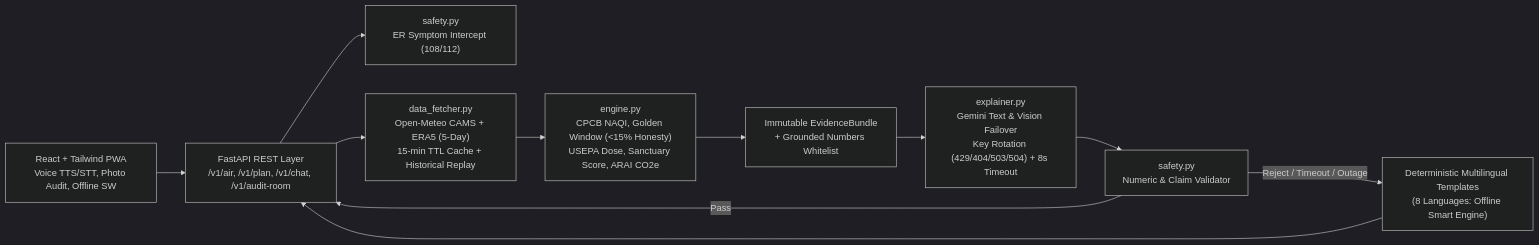
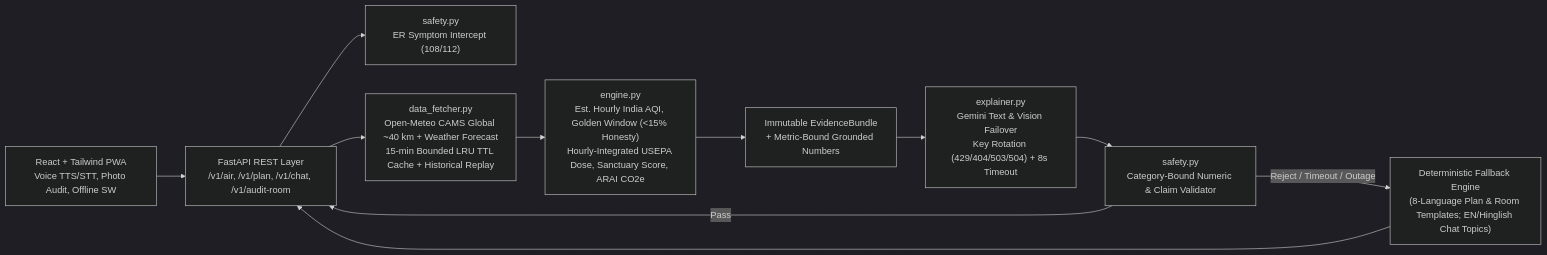
One commit to maneshdev-cloud/Challenge-06 changed the diagram in README.md. Above: the diagram before and after it, drawn with Mermaid (dark theme). The commit also changed other lines of this file and 58 other files, not shown here.

````diff
--- a/README.md
+++ b/README.md
@@ -25,13 +25,13 @@
 ```mermaid
 flowchart LR
     UI["React + Tailwind PWA<br/>Voice TTS/STT, Photo Audit, Offline SW"] --> API["FastAPI REST Layer<br/>/v1/air, /v1/plan, /v1/chat, /v1/audit-room"]
     API --> Triage["safety.py<br/>ER Symptom Intercept (108/112)"]
-    API --> Fetch["data_fetcher.py<br/>Open-Meteo CAMS + ERA5 (5-Day)<br/>15-min TTL Cache + Historical Replay"]
-    Fetch --> Eng["engine.py<br/>CPCB NAQI, Golden Window (&lt;15% Honesty)<br/>USEPA Dose, Sanctuary Score, ARAI CO2e"]
-    Eng --> Bundle["Immutable EvidenceBundle<br/>+ Grounded Numbers Whitelist"]
+    API --> Fetch["data_fetcher.py<br/>Open-Meteo CAMS Global ~40 km + Weather Forecast<br/>15-min Bounded LRU TTL Cache + Historical Replay"]
+    Fetch --> Eng["engine.py<br/>Est. Hourly India AQI, Golden Window (&lt;15% Honesty)<br/>Hourly-Integrated USEPA Dose, Sanctuary Score, ARAI CO2e"]
+    Eng --> Bundle["Immutable EvidenceBundle<br/>+ Metric-Bound Grounded Numbers"]
     Bundle --> LLM["explainer.py<br/>Gemini Text &amp; Vision Failover<br/>Key Rotation (429/404/503/504) + 8s Timeout"]
-    LLM --> Val["safety.py<br/>Numeric &amp; Claim Validator"]
+    LLM --> Val["safety.py<br/>Category-Bound Numeric &amp; Claim Validator"]
     Val -- "Pass" --> API
-    Val -- "Reject / Timeout / Outage" --> Offline["Deterministic Multilingual Templates<br/>(8 Languages: Offline Smart Engine)"]
+    Val -- "Reject / Timeout / Outage" --> Offline["Deterministic Fallback Engine<br/>(8-Language Plan &amp; Room Templates; EN/Hinglish Chat Topics)"]
     Offline --> API
 ```
````
